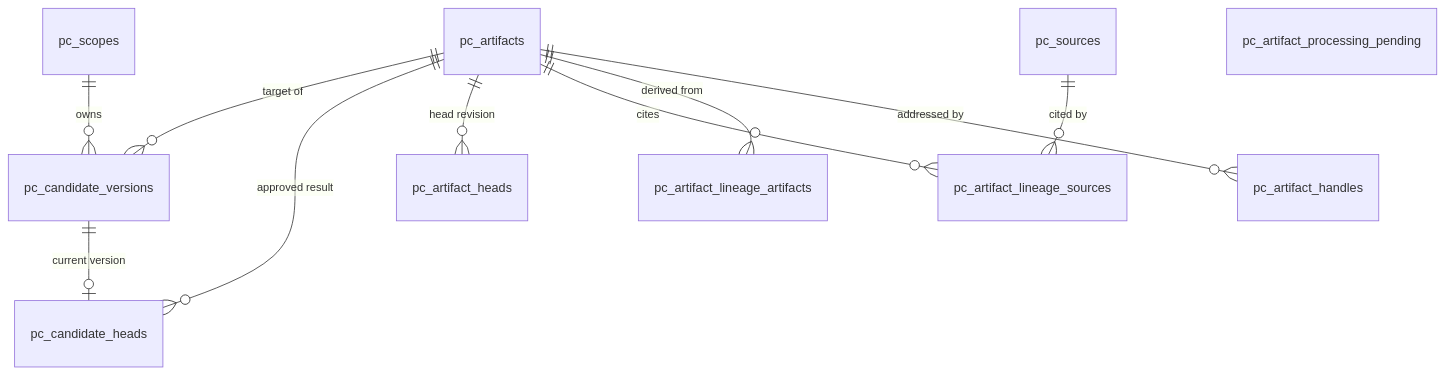
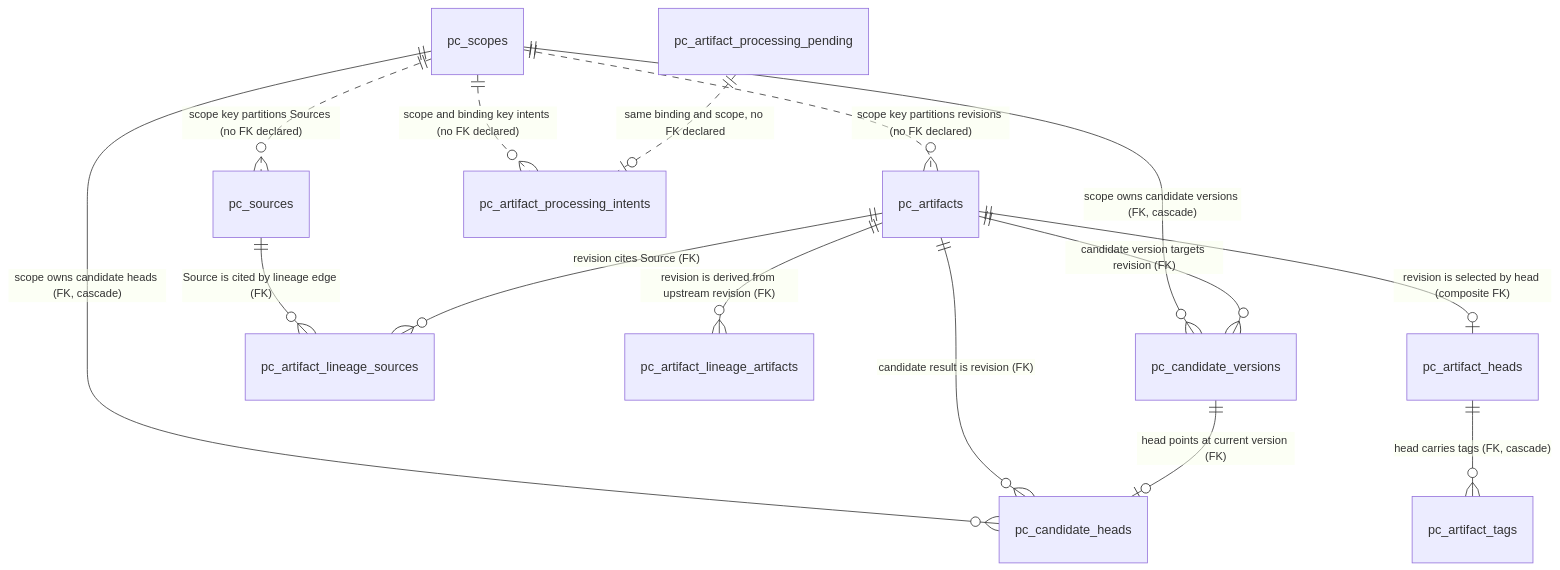
The second of 2 diagrams in openwiki/architecture/persistence-and-storage.md (vieGPT/powercontext-enigma-agent-memory), drawn with Mermaid before and after one commit. The commit also changed other lines of this file and 69 other files, not shown here.

````diff
--- a/openwiki/architecture/persistence-and-storage.md
+++ b/openwiki/architecture/persistence-and-storage.md
@@ -150,13 +168,17 @@
 ```mermaid
 erDiagram
-    pc_scopes ||--o{ pc_candidate_versions : "owns"
-    pc_candidate_versions ||--o| pc_candidate_heads : "current version"
-    pc_artifacts ||--o{ pc_candidate_versions : "target of"
-    pc_artifacts ||--o{ pc_candidate_heads : "approved result"
-    pc_artifacts ||--o{ pc_artifact_heads : "head revision"
-    pc_artifacts ||--o{ pc_artifact_lineage_sources : "cites"
-    pc_sources ||--o{ pc_artifact_lineage_sources : "cited by"
-    pc_artifacts ||--o{ pc_artifact_lineage_artifacts : "derived from"
-    pc_artifacts ||--o{ pc_artifact_handles : "addressed by"
-    pc_artifact_processing_pending
+    pc_scopes ||--o{ pc_candidate_versions : "scope owns candidate versions (FK, cascade)"
+    pc_scopes ||--o{ pc_candidate_heads : "scope owns candidate heads (FK, cascade)"
+    pc_scopes ||..o{ pc_sources : "scope key partitions Sources (no FK declared)"
+    pc_scopes ||..o{ pc_artifacts : "scope key partitions revisions (no FK declared)"
+    pc_scopes ||..o{ pc_artifact_processing_intents : "scope and binding key intents (no FK declared)"
+    pc_sources ||--o{ pc_artifact_lineage_sources : "Source is cited by lineage edge (FK)"
+    pc_artifacts ||--o{ pc_artifact_lineage_sources : "revision cites Source (FK)"
+    pc_artifacts ||--o{ pc_artifact_lineage_artifacts : "revision is derived from upstream revision (FK)"
+    pc_artifacts ||--o| pc_artifact_heads : "revision is selected by head (composite FK)"
+    pc_artifact_heads ||--o{ pc_artifact_tags : "head carries tags (FK, cascade)"
+    pc_artifacts ||--o{ pc_candidate_versions : "candidate version targets revision (FK)"
+    pc_artifacts ||--o{ pc_candidate_heads : "candidate result is revision (FK)"
+    pc_candidate_versions ||--o| pc_candidate_heads : "head points at current version (FK)"
+    pc_artifact_processing_pending ||..o| pc_artifact_processing_intents : "same binding and scope, no FK declared"
 ```
````
